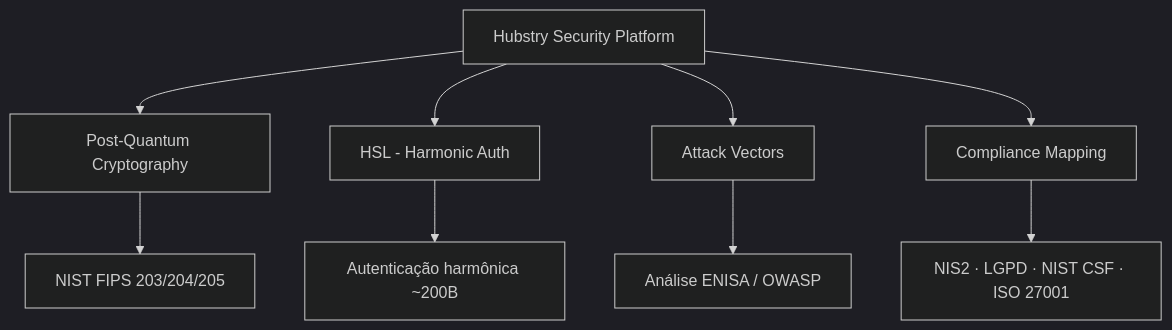
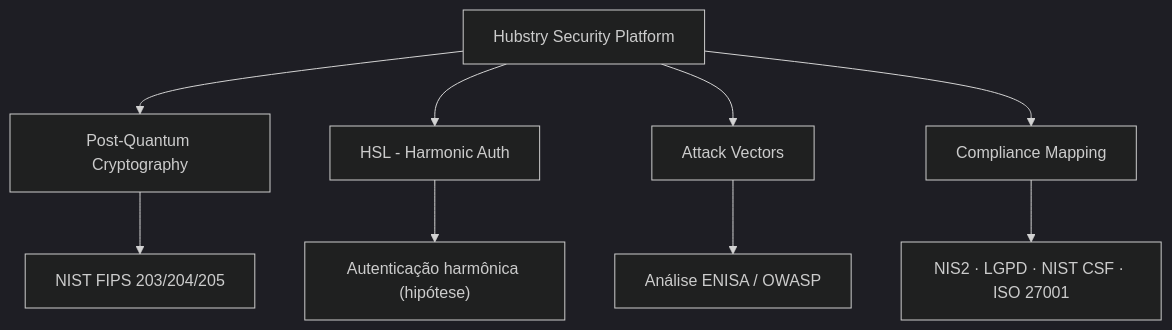
The diagram in README.md (guilherme-machado-ceo/hubstry-security), drawn with Mermaid (dark theme) before and after one commit. The commit also changed other lines of this file and 9 other files, not shown here.

````diff
--- a/README.md
+++ b/README.md
@@ -98,14 +117,14 @@
 ```mermaid
 flowchart TD
     H[Hubstry Security Platform]
 
     H --> PQC[Post-Quantum Cryptography]
     H --> HSL[HSL - Harmonic Auth]
     H --> AV[Attack Vectors]
     H --> CM[Compliance Mapping]
 
     PQC --> PQC1[NIST FIPS 203/204/205]
-    HSL --> HSL1["Autenticação harmônica ~200B"]
+    HSL --> HSL1["Autenticação harmônica (hipótese)"]
     AV --> AV1["Análise ENISA / OWASP"]
     CM --> CM1["NIS2 · LGPD · NIST CSF · ISO 27001"]
 ```
````
